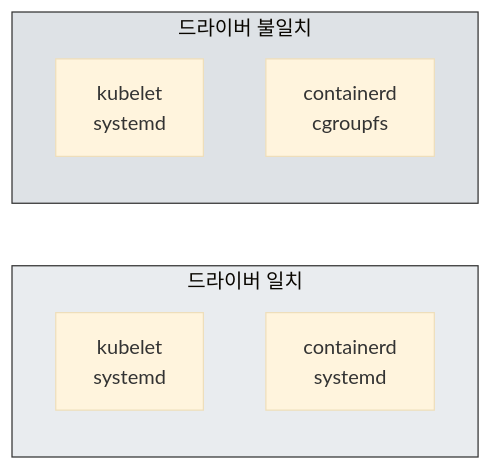
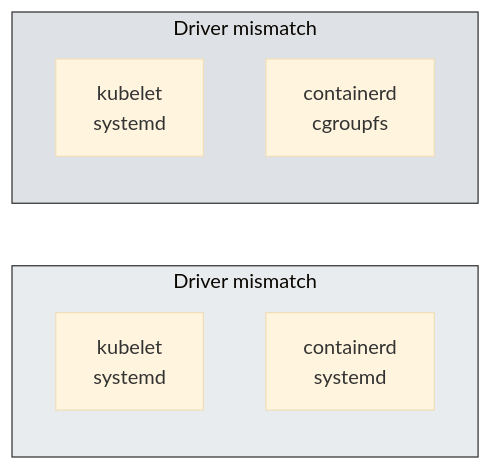
One commit to doxxx93/doxxx.dev changed the eighth of 9 diagrams in i18n/en/docusaurus-plugin-content-blog/blog/2026-01-05/the-weight-of-kubernetes-installation.md. Above: the diagram before and after it, drawn with Mermaid (base theme). The commit also changed other lines of this file and 6 other files, not shown here.

````diff
--- a/i18n/en/docusaurus-plugin-content-blog/blog/2026-01-05/the-weight-of-kubernetes-installation.md
+++ b/i18n/en/docusaurus-plugin-content-blog/blog/2026-01-05/the-weight-of-kubernetes-installation.md
@@ -257,15 +257,15 @@
 ```mermaid
 graph LR
-    subgraph Correct["드라이버 일치"]
+    subgraph Correct["Driver mismatch"]
         k1["kubelet<br/>systemd"]
         c1["containerd<br/>systemd"]
     end
 
-    subgraph Wrong["드라이버 불일치"]
+    subgraph Wrong["Driver mismatch"]
         k2["kubelet<br/>systemd"]
         c2["containerd<br/>cgroupfs"]
     end
 
     style Correct fill:#e9ecef,stroke:#333
     style Wrong fill:#dee2e6,stroke:#333
 ```
````
